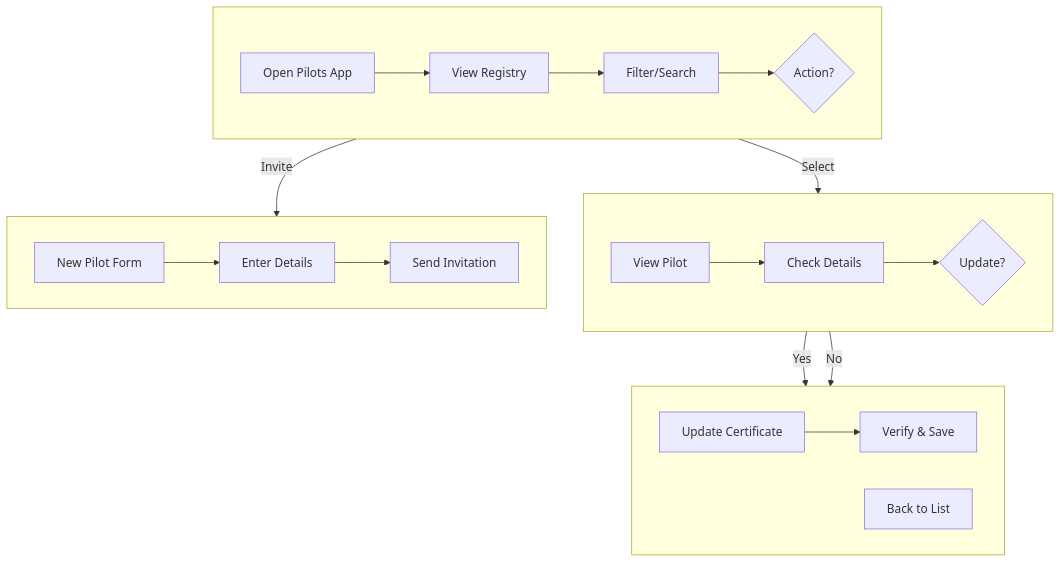
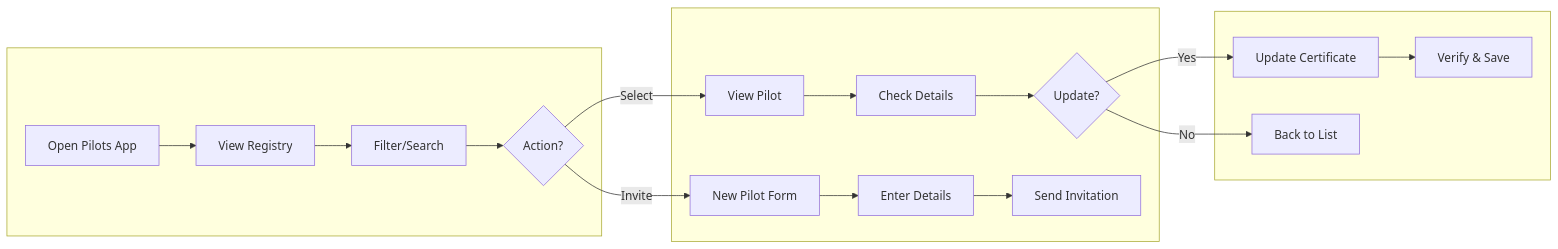
One commit to RoundRobinHood/cogniflight-cloud changed the eighth of 10 diagrams in docs/SEN3781_Assignment4_Information_Architecture_Report.md. Above: the diagram before and after it, drawn with Mermaid. The commit also changed other lines of this file, not shown here.

Commit message:
improved diagram readability

````diff
--- a/docs/SEN3781_Assignment4_Information_Architecture_Report.md
+++ b/docs/SEN3781_Assignment4_Information_Architecture_Report.md
@@ -414,24 +390,18 @@
 ```mermaid
-flowchart TB
-    subgraph row1[" "]
-        direction LR
+flowchart LR
+    subgraph col1[" "]
         A[Open Pilots App] --> B[View Registry] --> C[Filter/Search] --> D{Action?}
     end
-    subgraph row2[" "]
-        direction LR
+    subgraph col2[" "]
         E[View Pilot] --> G[Check Details] --> H{Update?}
+        F[New Pilot Form] --> L[Enter Details] --> M[Send Invitation]
     end
-    subgraph row3[" "]
-        direction LR
+    subgraph col3[" "]
         I[Update Certificate] --> K[Verify & Save]
         J[Back to List]
-    end
-    subgraph row4[" "]
-        direction LR
-        F[New Pilot Form] --> L[Enter Details] --> M[Send Invitation]
     end
     D -->|Select| E
     D -->|Invite| F
     H -->|Yes| I
     H -->|No| J
 ```
````
